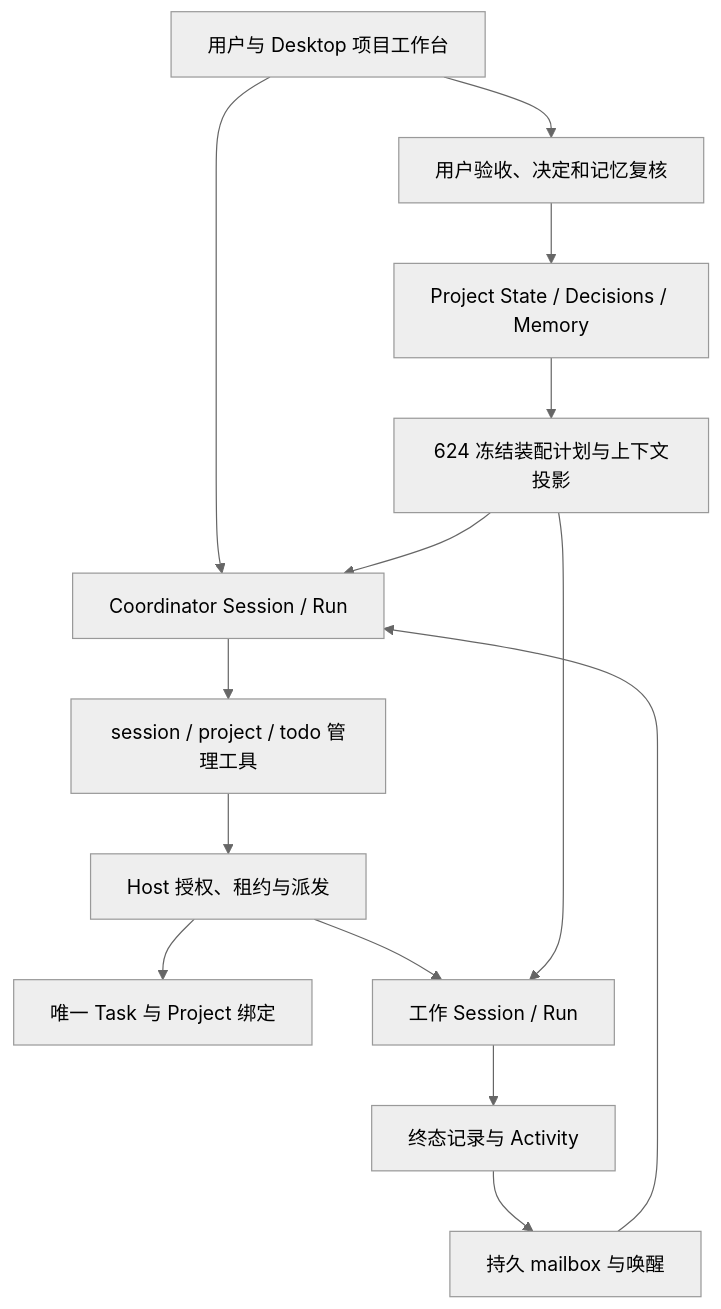
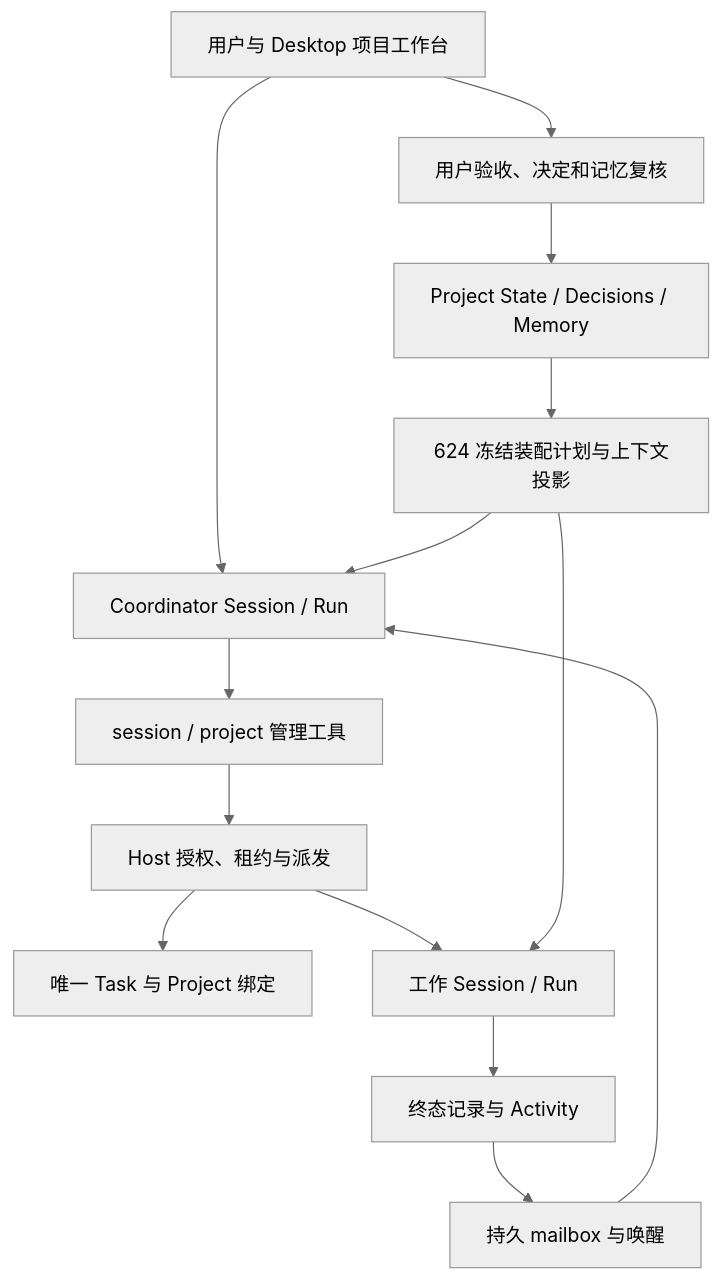
The diagram in docs/design-docs/project-coordinator-prompts.md (lava-chen/duya), drawn with Mermaid (neutral theme) before and after one commit. The commit also changed other lines of this file and 42 other files, not shown here.

Commit message:
feat(project): wire coordinator prompts to live session context

````diff
--- a/docs/design-docs/project-coordinator-prompts.md
+++ b/docs/design-docs/project-coordinator-prompts.md
@@ -11,16 +11,16 @@
 ```mermaid
 flowchart TD
   U[用户与 Desktop 项目工作台] --> C[Coordinator Session / Run]
-  C --> M[session / project / todo 管理工具]
+  C --> M[session / project 管理工具]
   M --> H[Host 授权、租约与派发]
   H --> T[唯一 Task 与 Project 绑定]
   H --> W[工作 Session / Run]
   W --> R[终态记录与 Activity]
   R --> B[持久 mailbox 与唤醒]
   B --> C
   S[Project State / Decisions / Memory] --> P[624 冻结装配计划与上下文投影]
   P --> C
   P --> W
   U --> A[用户验收、决定和记忆复核]
   A --> S
 ```
````
